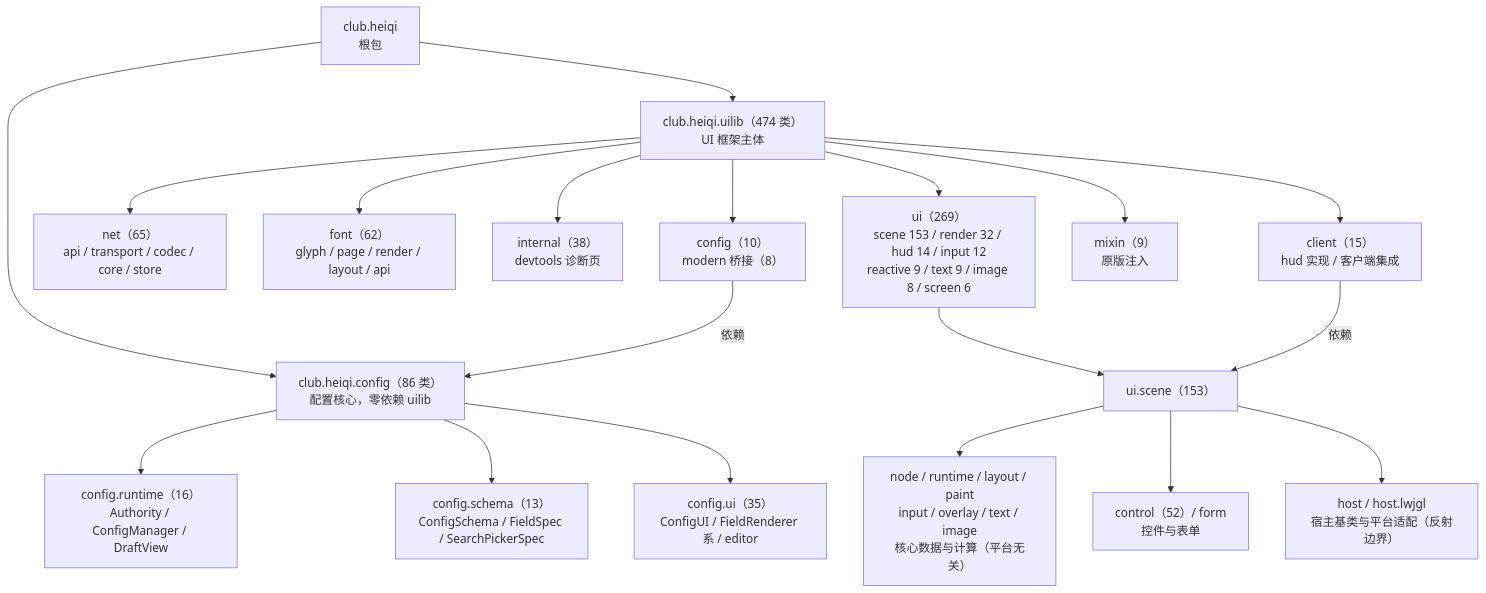
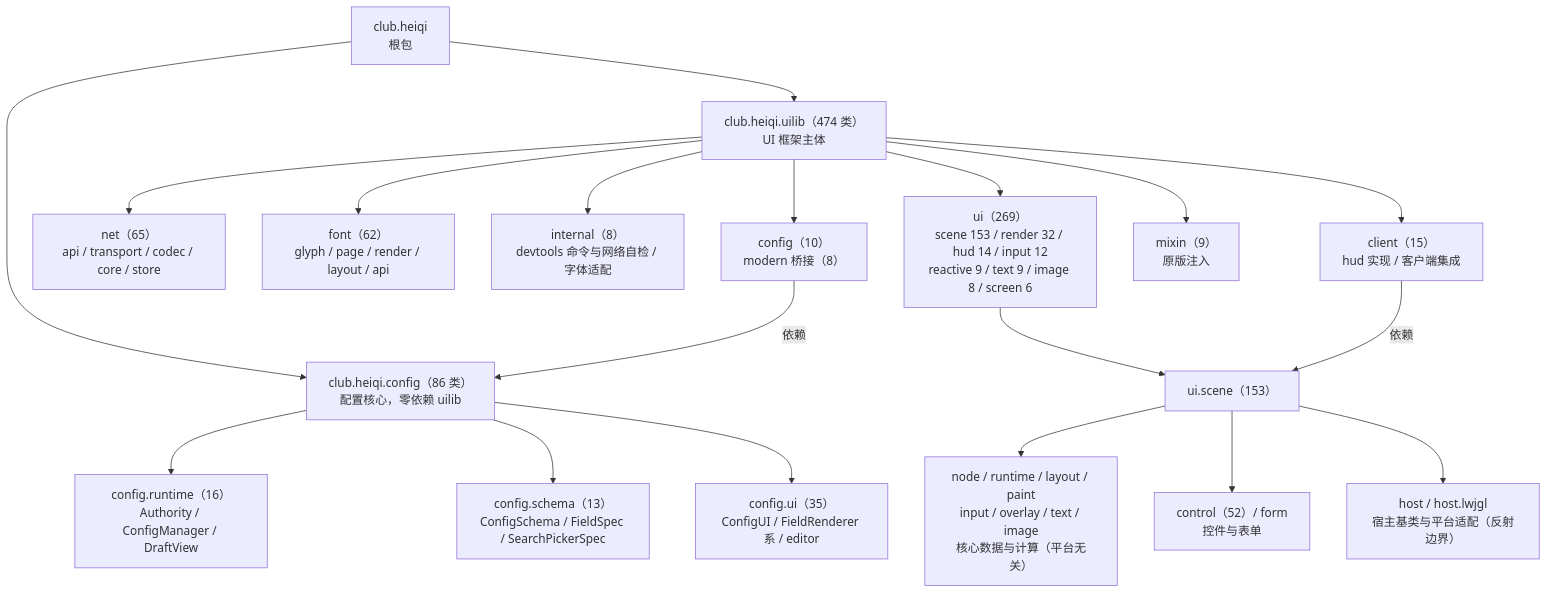
The diagram in docs/开发者文档/架构图/00-框架总览.md (QuanhuZeYu/Qz-UILib), drawn with Mermaid before and after one commit. The commit also changed 39 other files, not shown here.

````diff
--- a/docs/开发者文档/架构图/00-框架总览.md
+++ b/docs/开发者文档/架构图/00-框架总览.md
@@ -9,29 +9,29 @@
 ```mermaid
 flowchart TD
   ROOT["club.heiqi<br>根包"]
   CFG["club.heiqi.config（86 类）<br>配置核心，零依赖 uilib"]
   UI["club.heiqi.uilib（474 类）<br>UI 框架主体"]
 
   ROOT --> CFG
   ROOT --> UI
 
   CFG --> CFG_R["config.runtime（16）<br>Authority / ConfigManager / DraftView"]
   CFG --> CFG_S["config.schema（13）<br>ConfigSchema / FieldSpec / SearchPickerSpec"]
   CFG --> CFG_U["config.ui（35）<br>ConfigUI / FieldRenderer 系 / editor"]
 
   UI --> UISUB["ui（269）<br>scene 153 / render 32 / hud 14 / input 12<br>reactive 9 / text 9 / image 8 / screen 6"]
   UI --> NET["net（65）<br>api / transport / codec / core / store"]
   UI --> FONT["font（62）<br>glyph / page / render / layout / api"]
-  UI --> INTERNAL["internal（38）<br>devtools 诊断页"]
+  UI --> INTERNAL["internal（8）<br>devtools 命令与网络自检 / 字体适配"]
   UI --> CLIENT["client（15）<br>hud 实现 / 客户端集成"]
   UI --> CFGB["config（10）<br>modern 桥接（8）"]
   UI --> MIXIN["mixin（9）<br>原版注入"]
 
   UISUB --> SCENE["ui.scene（153）"]
   SCENE --> SCN_CORE["node / runtime / layout / paint<br>input / overlay / text / image<br>核心数据与计算（平台无关）"]
   SCENE --> SCN_CTRL["control（52）/ form<br>控件与表单"]
   SCENE --> SCN_HOST["host / host.lwjgl<br>宿主基类与平台适配（反射边界）"]
 
   CFGB -- 依赖 --> CFG
   CLIENT -- 依赖 --> SCENE
 ```
````
